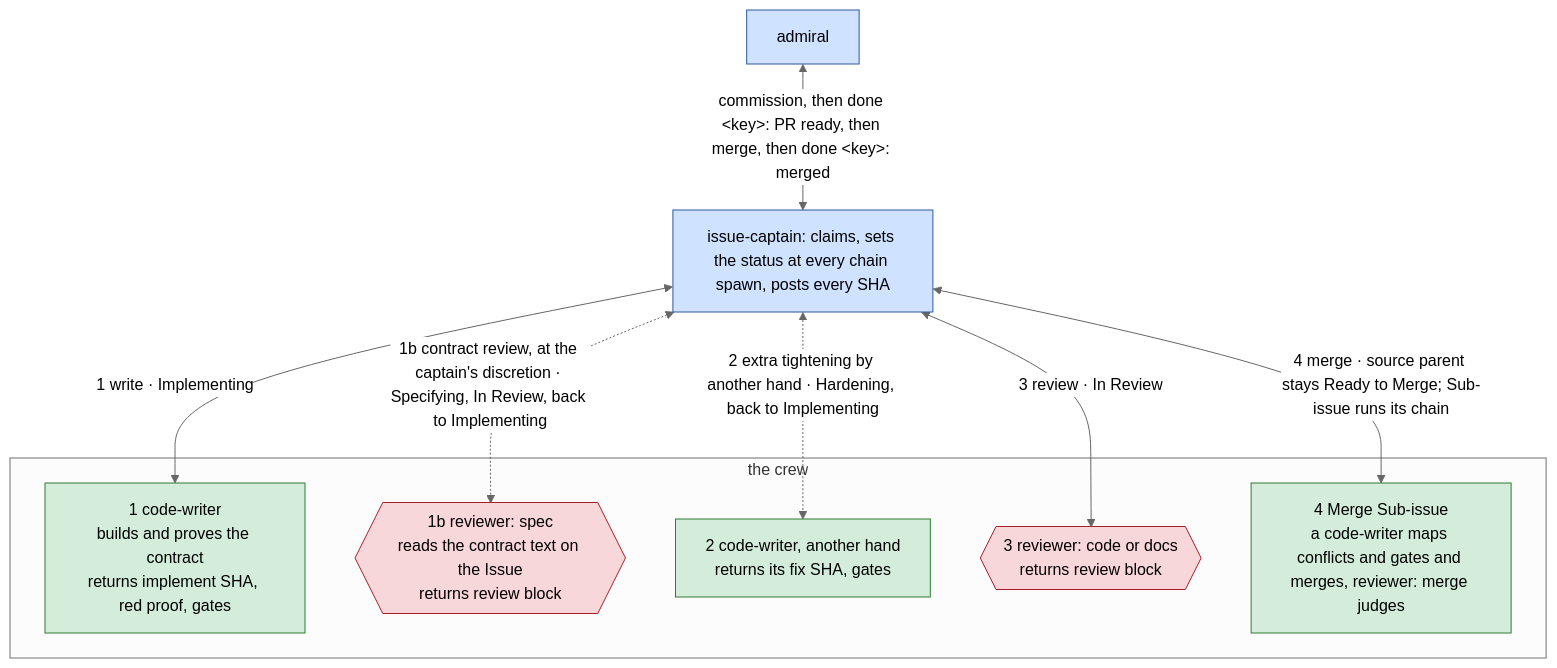
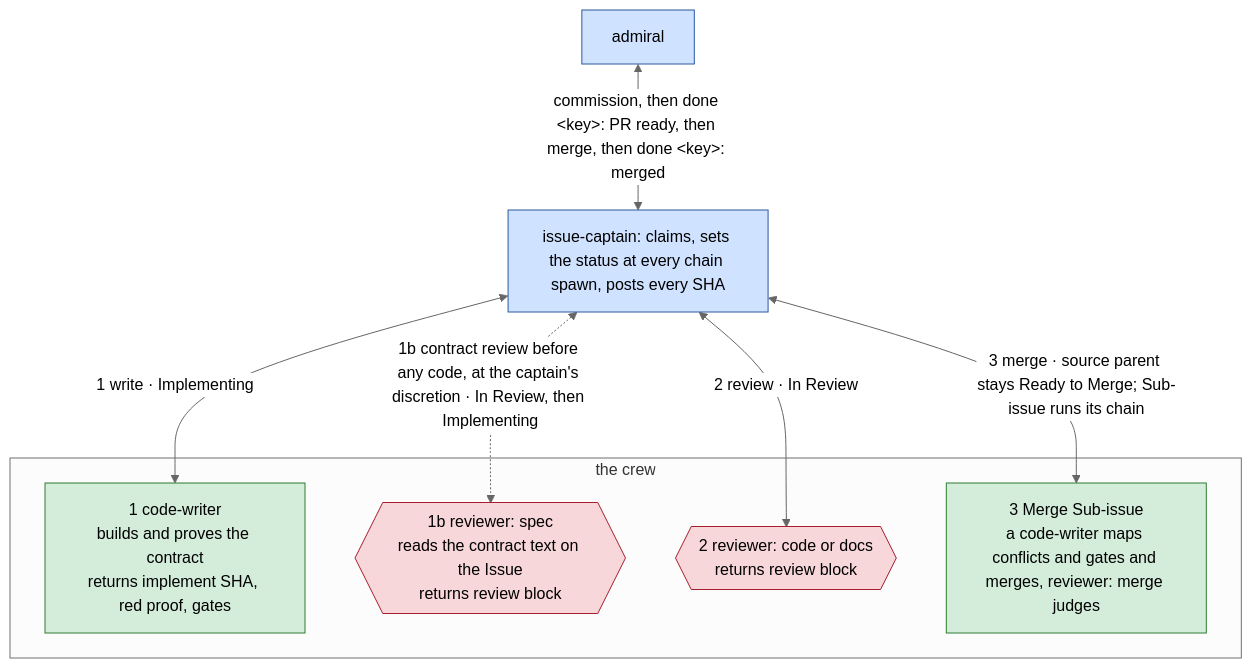
Before and after one commit to bodnarbalazs/dydo: the second of 2 diagrams in README.md, drawn with Mermaid (neutral theme). The commit also changed other lines of this file and 9 other files, not shown here.

````diff
--- a/README.md
+++ b/README.md
@@ -109,20 +109,18 @@
 ```mermaid
 flowchart TD
   classDef officer fill:#cfe2ff,stroke:#2c5aa0,color:#000
   classDef crew fill:#d4edda,stroke:#2e7d32,color:#000
   classDef reviewer fill:#f8d7da,stroke:#a71d2a,color:#000
 
   AD[admiral]:::officer <-->|"commission, then done &lt;key&gt;: PR ready, then merge, then done &lt;key&gt;: merged"| IC[issue-captain: claims, sets the status at every chain spawn, posts every SHA]:::officer
   IC <-->|"1 write · Implementing"| CW
-  IC <-.->|"1b contract review, at the captain's discretion · Specifying, In Review, back to Implementing"| RS
-  IC <-.->|"2 extra tightening by another hand · Hardening, back to Implementing"| HD
-  IC <-->|"3 review · In Review"| RC
-  IC <-->|"4 merge · source parent stays Ready to Merge; Sub-issue runs its chain"| MG
+  IC <-.->|"1b contract review before any code, at the captain's discretion · In Review, then Implementing"| RS
+  IC <-->|"2 review · In Review"| RC
+  IC <-->|"3 merge · source parent stays Ready to Merge; Sub-issue runs its chain"| MG
   subgraph CREW [the crew]
     CW[1 code-writer<br>builds and proves the contract<br>returns implement SHA, red proof, gates]:::crew
     RS{{1b reviewer: spec<br>reads the contract text on the Issue<br>returns review block}}:::reviewer
-    HD[2 code-writer, another hand<br>returns its fix SHA, gates]:::crew
-    RC{{3 reviewer: code or docs<br>returns review block}}:::reviewer
-    MG[4 Merge Sub-issue<br>a code-writer maps conflicts and gates and merges, reviewer: merge judges]:::crew
+    RC{{2 reviewer: code or docs<br>returns review block}}:::reviewer
+    MG[3 Merge Sub-issue<br>a code-writer maps conflicts and gates and merges, reviewer: merge judges]:::crew
   end
 ```
````
